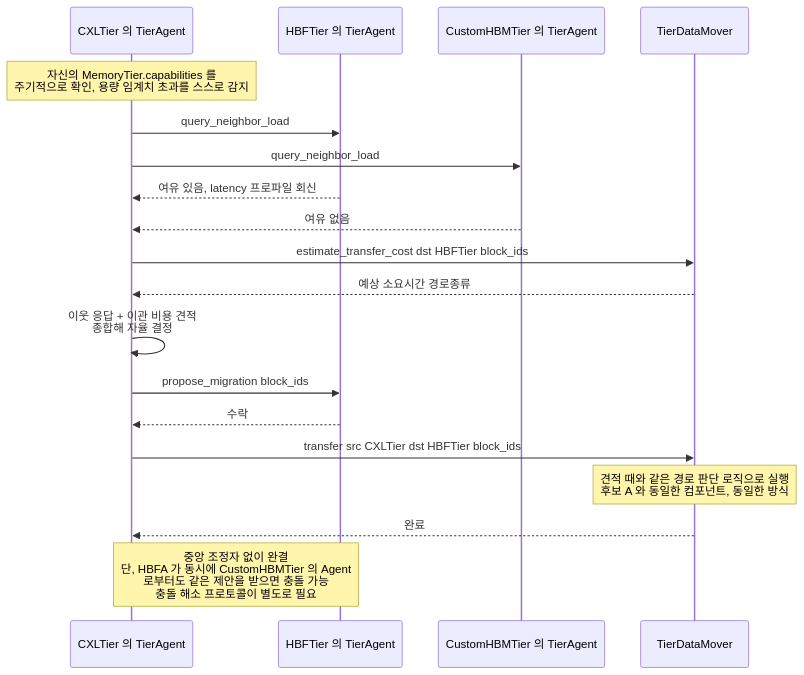
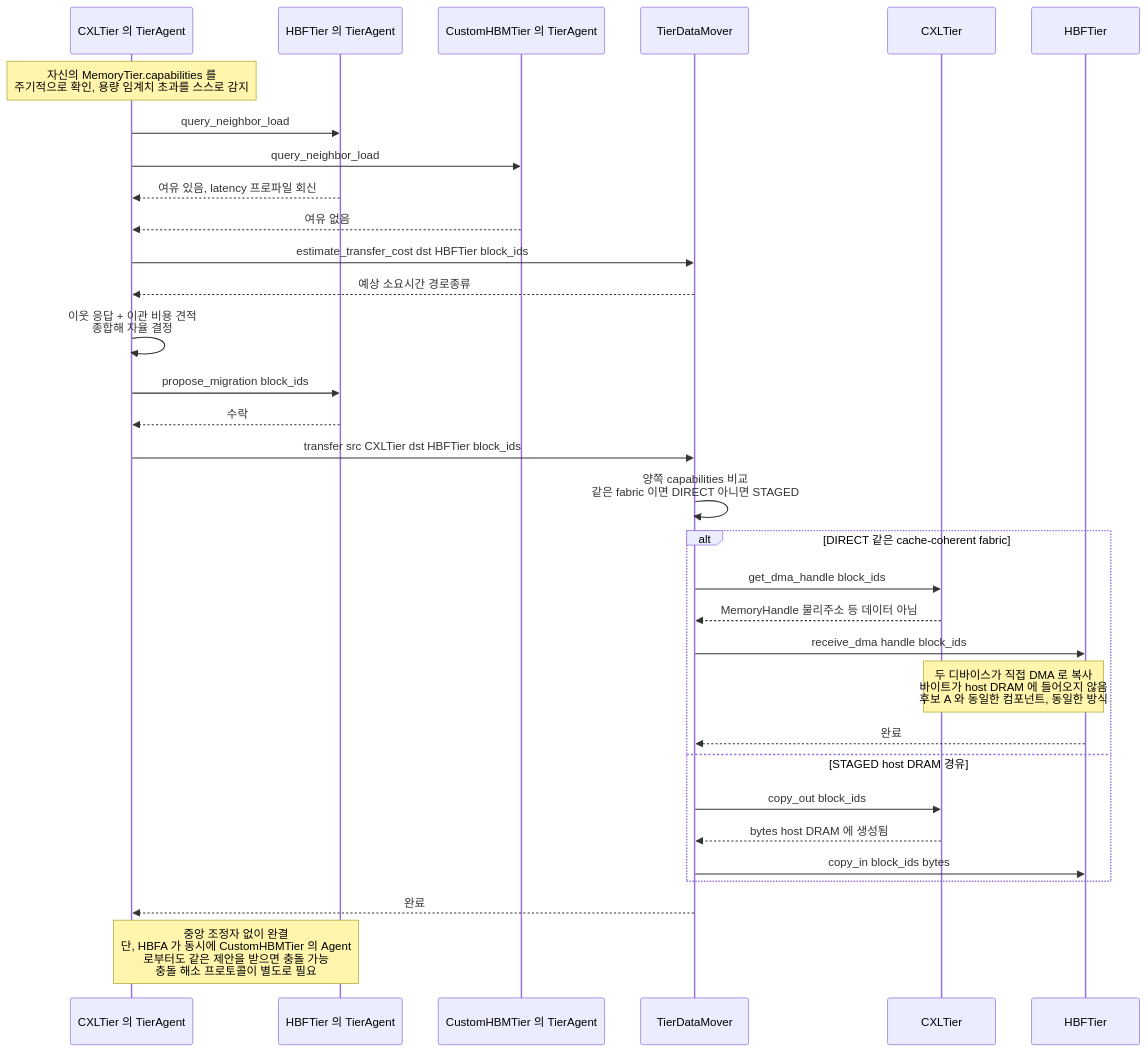
One commit to mkim0628/vllm changed the fourth of 4 diagrams in doc-mk/vllm-memory-coordination-locus-candidates.md. Above: the diagram before and after it, drawn with Mermaid. The commit also changed other lines of this file and 3 other files, not shown here.

````diff
--- a/doc-mk/vllm-memory-coordination-locus-candidates.md
+++ b/doc-mk/vllm-memory-coordination-locus-candidates.md
@@ -273,23 +295,36 @@
 ```mermaid
 sequenceDiagram
     participant CXLA as CXLTier 의 TierAgent
     participant HBFA as HBFTier 의 TierAgent
     participant CUSTOMA as CustomHBMTier 의 TierAgent
     participant MOVER as TierDataMover
+    participant CXLT as CXLTier
+    participant HBFT as HBFTier
 
     Note over CXLA: 자신의 MemoryTier.capabilities 를<br/>주기적으로 확인, 용량 임계치 초과를 스스로 감지
     CXLA->>HBFA: query_neighbor_load
     CXLA->>CUSTOMA: query_neighbor_load
     HBFA-->>CXLA: 여유 있음, latency 프로파일 회신
     CUSTOMA-->>CXLA: 여유 없음
     CXLA->>MOVER: estimate_transfer_cost dst HBFTier block_ids
     MOVER-->>CXLA: 예상 소요시간 경로종류
     CXLA->>CXLA: 이웃 응답 + 이관 비용 견적<br/>종합해 자율 결정
     CXLA->>HBFA: propose_migration block_ids
     HBFA-->>CXLA: 수락
     CXLA->>MOVER: transfer src CXLTier dst HBFTier block_ids
-    Note over MOVER: 견적 때와 같은 경로 판단 로직으로 실행<br/>후보 A 와 동일한 컴포넌트, 동일한 방식
+    MOVER->>MOVER: 양쪽 capabilities 비교<br/>같은 fabric 이면 DIRECT 아니면 STAGED
+    alt DIRECT 같은 cache-coherent fabric
+        MOVER->>CXLT: get_dma_handle block_ids
+        CXLT-->>MOVER: MemoryHandle 물리주소 등 데이터 아님
+        MOVER->>HBFT: receive_dma handle block_ids
+        Note over CXLT,HBFT: 두 디바이스가 직접 DMA 로 복사<br/>바이트가 host DRAM 에 들어오지 않음<br/>후보 A 와 동일한 컴포넌트, 동일한 방식
+        HBFT-->>MOVER: 완료
+    else STAGED host DRAM 경유
+        MOVER->>CXLT: copy_out block_ids
+        CXLT-->>MOVER: bytes host DRAM 에 생성됨
+        MOVER->>HBFT: copy_in block_ids bytes
+    end
     MOVER-->>CXLA: 완료
 
     Note over CXLA,HBFA: 중앙 조정자 없이 완결<br/>단, HBFA 가 동시에 CustomHBMTier 의 Agent<br/>로부터도 같은 제안을 받으면 충돌 가능<br/>충돌 해소 프로토콜이 별도로 필요
 ```
````
